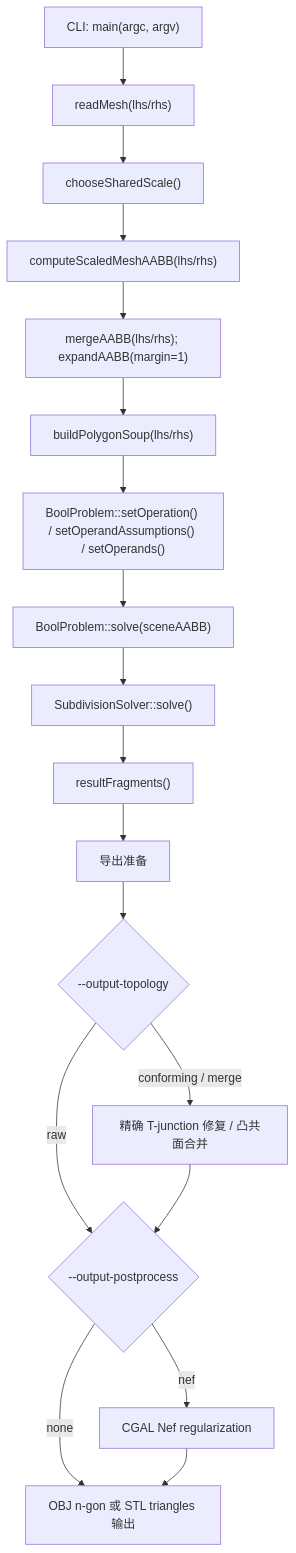
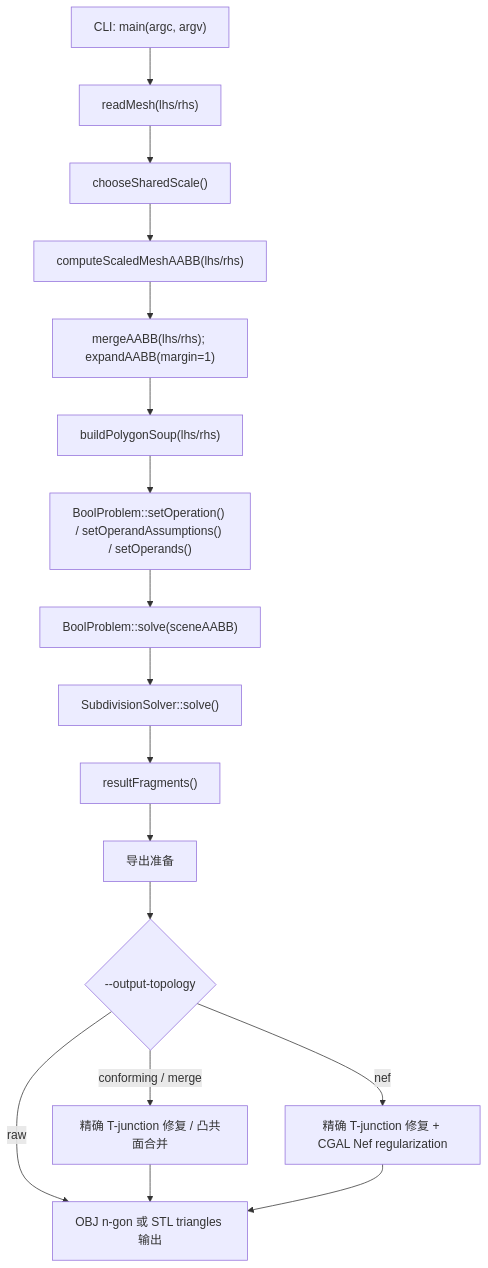
Before and after one commit to SDU-YueQiu/re-EMBER: the first of 13 diagrams in docs/core-logic-flow.md, drawn with Mermaid. The commit also changed other lines of this file and 9 other files, not shown here.

````diff
--- a/docs/core-logic-flow.md
+++ b/docs/core-logic-flow.md
@@ -32,20 +32,19 @@
 ```mermaid
 flowchart TD
     A["CLI: main(argc, argv)"] --> B["readMesh(lhs/rhs)"]
     B --> C["chooseSharedScale()"]
     C --> D["computeScaledMeshAABB(lhs/rhs)"]
     D --> E["mergeAABB(lhs/rhs); expandAABB(margin=1)"]
     E --> F["buildPolygonSoup(lhs/rhs)"]
     F --> G["BoolProblem::setOperation() / setOperandAssumptions() / setOperands()"]
     G --> H["BoolProblem::solve(sceneAABB)"]
     H --> I["SubdivisionSolver::solve()"]
     I --> J["resultFragments()"]
     J --> K["导出准备"]
     K --> K1{"--output-topology"}
-    K1 -->|"raw"| P{"--output-postprocess"}
+    K1 -->|"raw"| L["OBJ n-gon 或 STL triangles 输出"]
     K1 -->|"conforming / merge"| M["精确 T-junction 修复 / 凸共面合并"]
-    M --> P
-    P -->|"none"| L["OBJ n-gon 或 STL triangles 输出"]
-    P -->|"nef"| N["CGAL Nef regularization"]
+    M --> L
+    K1 -->|"nef"| N["精确 T-junction 修复 + CGAL Nef regularization"]
     N --> L
 ```
````
